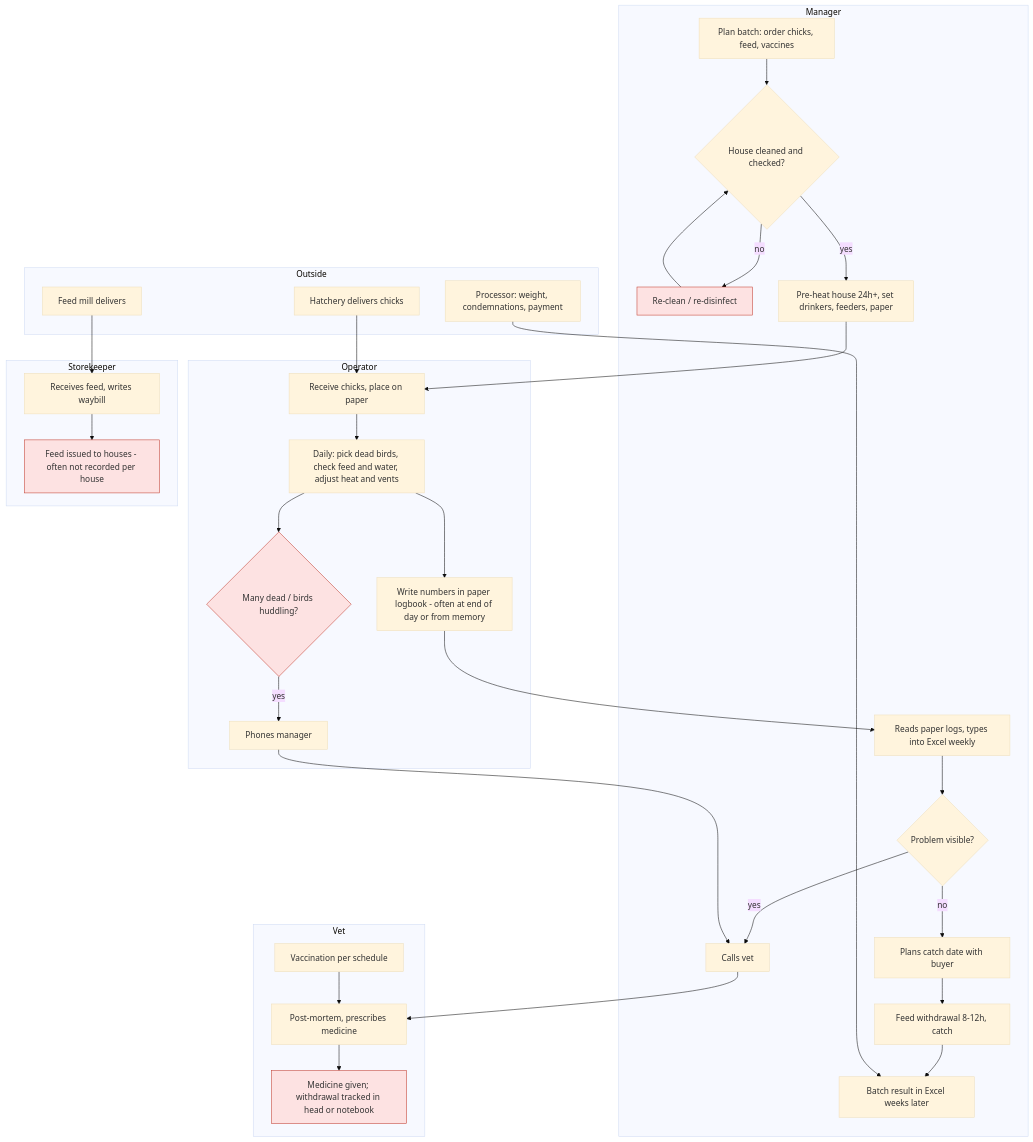
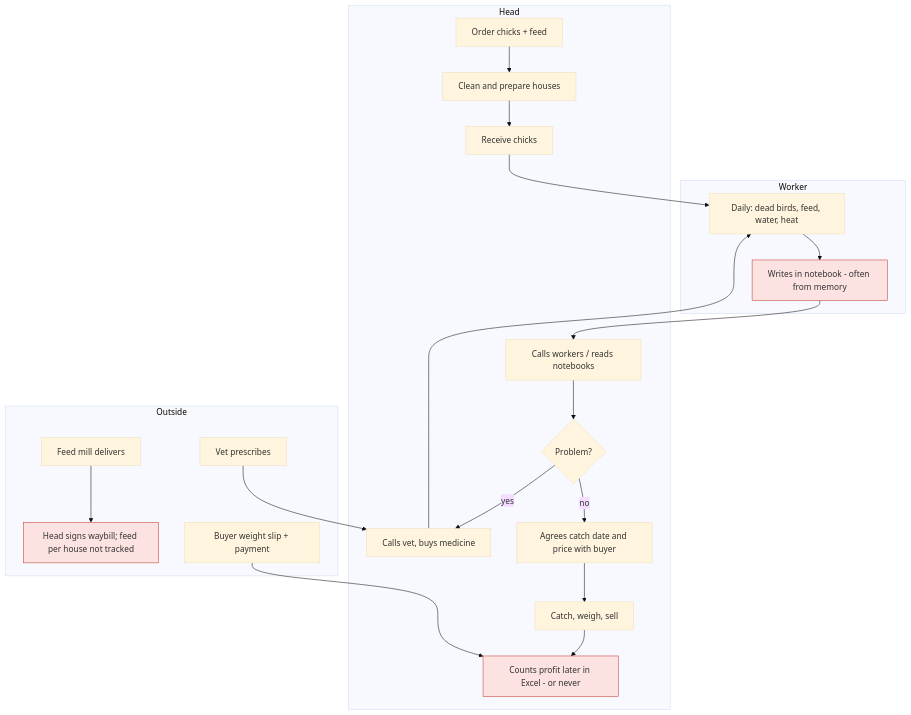
One commit to Nursul7an/poultry-farm changed the first of 4 diagrams in BLUEPRINT.md. Above: the diagram before and after it, drawn with Mermaid (base theme). The commit also changed other lines of this file and 18 other files, not shown here.

````diff
--- a/BLUEPRINT.md
+++ b/BLUEPRINT.md
@@ -55,35 +56,24 @@
 ```mermaid
 flowchart TB
-  subgraph Manager
-    M1["Plan batch: order chicks, feed, vaccines"] --> M2{"House cleaned and checked?"}
-    M2 -- no --> M2b["Re-clean / re-disinfect"]:::exc --> M2
-    M2 -- yes --> M3["Pre-heat house 24h+, set drinkers, feeders, paper"]
-    M5["Reads paper logs, types into Excel weekly"] --> M6{"Problem visible?"}
-    M6 -- yes --> M7["Calls vet"]
-    M8["Plans catch date with buyer"] --> M9["Feed withdrawal 8-12h, catch"]
-    M9 --> M10["Batch result in Excel weeks later"]
+  subgraph Head
+    H1["Order chicks + feed"] --> H2["Clean and prepare houses"]
+    H2 --> H3["Receive chicks"]
+    H4["Calls workers / reads notebooks"] --> H5{"Problem?"}
+    H5 -- yes --> H6["Calls vet, buys medicine"]
+    H5 -- no --> H7["Agrees catch date and price with buyer"]
+    H7 --> H8["Catch, weigh, sell"]
+    H8 --> H9["Counts profit later in Excel - or never"]:::exc
   end
-  subgraph Operator
-    O1["Receive chicks, place on paper"] --> O2["Daily: pick dead birds, check feed and water, adjust heat and vents"]
-    O2 --> O3["Write numbers in paper logbook - often at end of day or from memory"]
-    O3 --> M5
-    O2 --> O4{"Many dead / birds huddling?"}:::exc
-    O4 -- yes --> O5["Phones manager"] --> M7
-  end
-  subgraph Vet
-    V1["Vaccination per schedule"] --> V2["Post-mortem, prescribes medicine"]
-    M7 --> V2
-    V2 --> V3["Medicine given; withdrawal tracked in head or notebook"]:::exc
-  end
-  subgraph Storekeeper
-    S1["Receives feed, writes waybill"] --> S2["Feed issued to houses - often not recorded per house"]:::exc
+  subgraph Worker
+    W1["Daily: dead birds, feed, water, heat"] --> W2["Writes in notebook - often from memory"]:::exc
+    W2 --> H4
   end
   subgraph Outside
-    H["Hatchery delivers chicks"] --> O1
-    F["Feed mill delivers"] --> S1
-    P["Processor: weight, condemnations, payment"] --> M10
+    F["Feed mill delivers"] --> H10["Head signs waybill; feed per house not tracked"]:::exc
+    V["Vet prescribes"] --> H6
+    B["Buyer weight slip + payment"] --> H9
   end
-  M3 --> O1
-  M6 -- no --> M8
+  H3 --> W1
+  H6 --> W1
   classDef exc fill:#fde2e2,stroke:#c0392b
 ```
````
